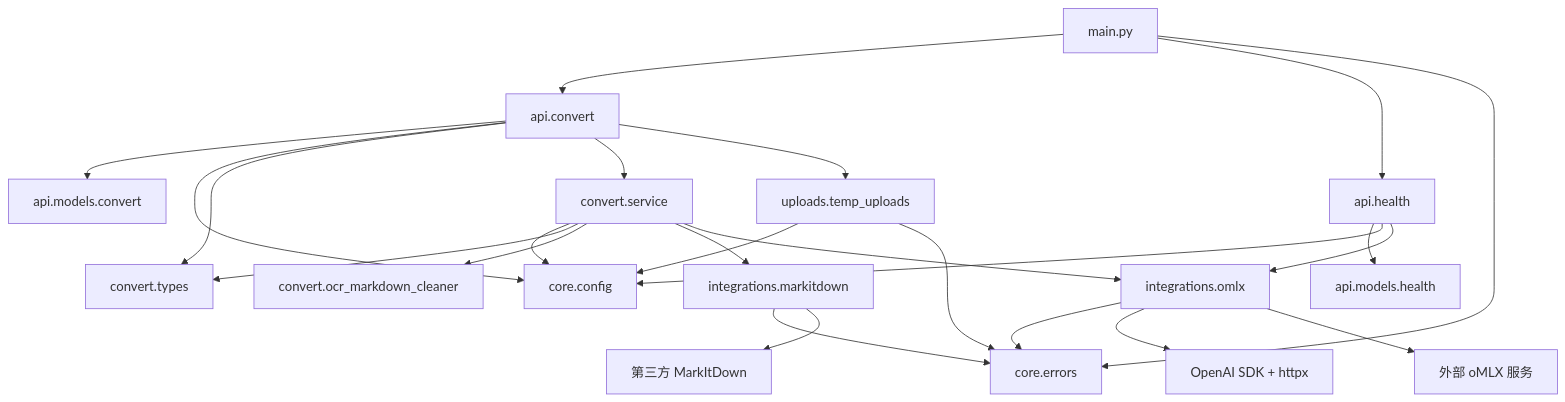
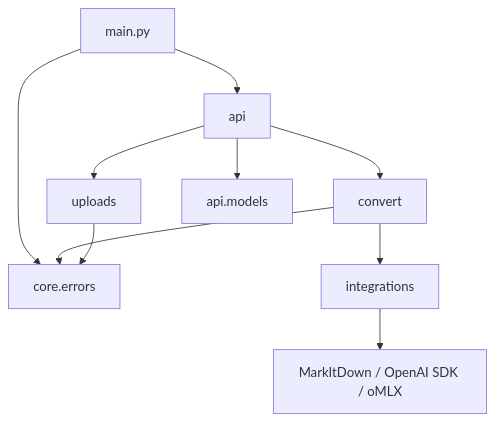
Before and after one commit to Jianshi-Lu/to-markdown: the first of 2 diagrams in docs/code-reference.md, drawn with Mermaid. The commit also changed other lines of this file and 4 other files, not shown here.

````diff
--- a/docs/code-reference.md
+++ b/docs/code-reference.md
@@ -72,30 +43,12 @@
 ```mermaid
 flowchart TB
-    Main[main.py] --> ConvertRoute[api.convert]
-    Main --> HealthRoute[api.health]
-    Main --> Errors[core.errors]
-
-    ConvertRoute --> ConvertResponse[api.models.convert]
-    ConvertRoute --> Config[core.config]
-    ConvertRoute --> Types[convert.types]
-    ConvertRoute --> Service[convert.service]
-    ConvertRoute --> Storage[uploads.temp_uploads]
-
-    HealthRoute --> HealthResponses[api.models.health]
-    HealthRoute --> Config
-    HealthRoute --> Omlx[integrations.omlx]
-
-    Service --> Config
-    Service --> Types
-    Service --> Cleaner[convert.ocr_markdown_cleaner]
-    Service --> MdAdapter[integrations.markitdown]
-    Service --> Omlx
-
-    Storage --> Config
-    Storage --> Errors
-    MdAdapter --> Errors
-    MdAdapter --> MarkItDown[第三方 MarkItDown]
-    Omlx --> Errors
-    Omlx --> OpenAI[OpenAI SDK + httpx]
-    Omlx --> OmlxServer[外部 oMLX 服务]
+    Main[main.py] --> API[api]
+    Main --> Core[core.errors]
+    API --> Uploads[uploads]
+    API --> Convert[convert]
+    API --> Models[api.models]
+    Convert --> Integrations[integrations]
+    Convert --> Core
+    Uploads --> Core
+    Integrations --> Vendors[MarkItDown / OpenAI SDK / oMLX]
 ```
````
